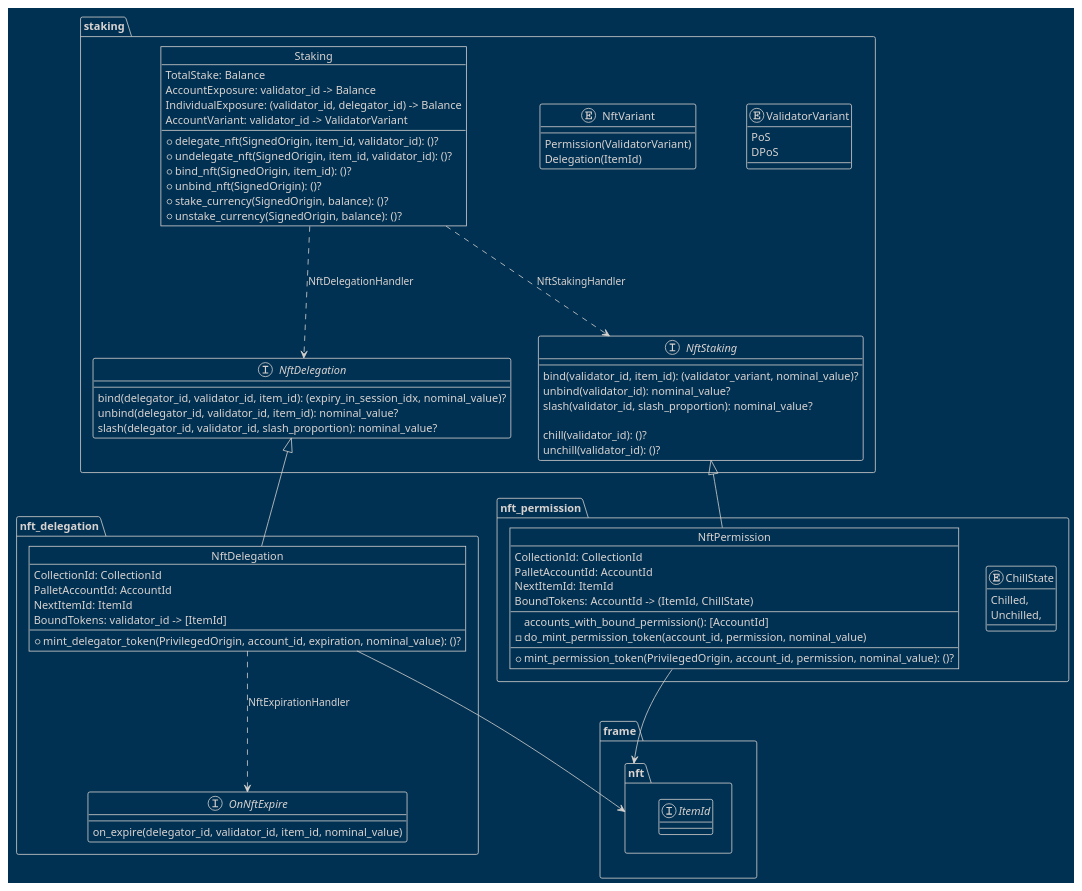
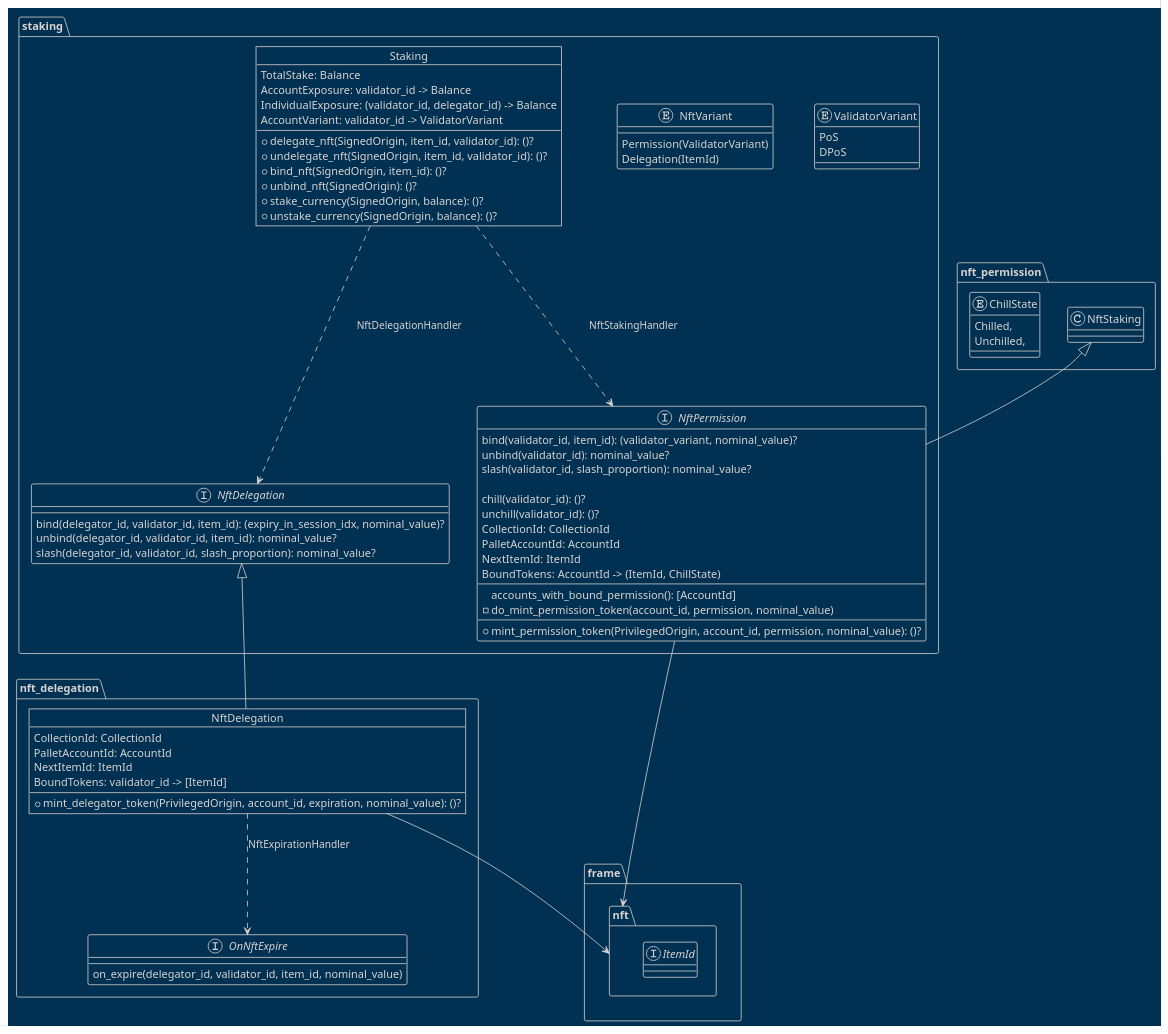
The diagram in pallets/staking.puml (Mosaic-Chain/mosaic-chain), drawn with PlantUML before and after one commit. The commit also changed 38 other files, not shown here.

```diff
--- a/pallets/staking.puml
+++ b/pallets/staking.puml
@@ -1,104 +1,104 @@
 @startuml Pallets
 !theme blueprint
 skinparam DefaultFontName 'Noto Sans CJK HK'
 
 package frame {
 
 package nft  {
     interface ItemId
 }
 
 }
 
 package staking {
 
 enum ValidatorVariant {
     PoS
     DPoS
 }
 
 enum NftVariant {
     Permission(ValidatorVariant)
     Delegation(ItemId)
 }
 
-interface NftStaking {
+interface NftPermission {
     bind(validator_id, item_id): (validator_variant, nominal_value)?
     unbind(validator_id): nominal_value?
     slash(validator_id, slash_proportion): nominal_value?
 
     chill(validator_id): ()?
     unchill(validator_id): ()?
 }
 
 interface NftDelegation {
     bind(delegator_id, validator_id, item_id): (expiry_in_session_idx, nominal_value)?
     unbind(delegator_id, validator_id, item_id): nominal_value?
     slash(delegator_id, validator_id, slash_proportion): nominal_value?
 }
 
 object Staking {
     TotalStake: Balance
     AccountExposure: validator_id -> Balance
     IndividualExposure: (validator_id, delegator_id) -> Balance
     AccountVariant: validator_id -> ValidatorVariant
     --    
     +delegate_nft(SignedOrigin, item_id, validator_id): ()?
     +undelegate_nft(SignedOrigin, item_id, validator_id): ()?
     +bind_nft(SignedOrigin, item_id): ()?
     +unbind_nft(SignedOrigin): ()?
     +stake_currency(SignedOrigin, balance): ()?
     +unstake_currency(SignedOrigin, balance): ()?
 }
 
-Staking .-down-> NftStaking: NftStakingHandler
+Staking .-down-> NftPermission: NftStakingHandler
 Staking .-down-> NftDelegation: NftDelegationHandler
 
 }
 
 package nft_permission {
 
 enum ChillState {
     Chilled,
     Unchilled,
 }
 
 object NftPermission {
     CollectionId: CollectionId
     PalletAccountId: AccountId
     NextItemId: ItemId
     BoundTokens: AccountId -> (ItemId, ChillState)
     --
     accounts_with_bound_permission(): [AccountId]
     -do_mint_permission_token(account_id, permission, nominal_value)
     --
     +mint_permission_token(PrivilegedOrigin, account_id, permission, nominal_value): ()?
 }
 
 NftPermission -up-|> NftStaking
 NftPermission -down-> nft
 
 }
 
 package nft_delegation {
 
 interface OnNftExpire {
     on_expire(delegator_id, validator_id, item_id, nominal_value)
 }
 
 object "NftDelegation" as NftDelegationPallet {
     CollectionId: CollectionId
     PalletAccountId: AccountId
     NextItemId: ItemId
     BoundTokens: validator_id -> [ItemId]
     --
     +mint_delegator_token(PrivilegedOrigin, account_id, expiration, nominal_value): ()?
 }
 
 NftDelegationPallet -up-|> NftDelegation
 NftDelegationPallet .down-> OnNftExpire: NftExpirationHandler
 NftDelegationPallet -down-> nft
 
 }
 
 @enduml
```
